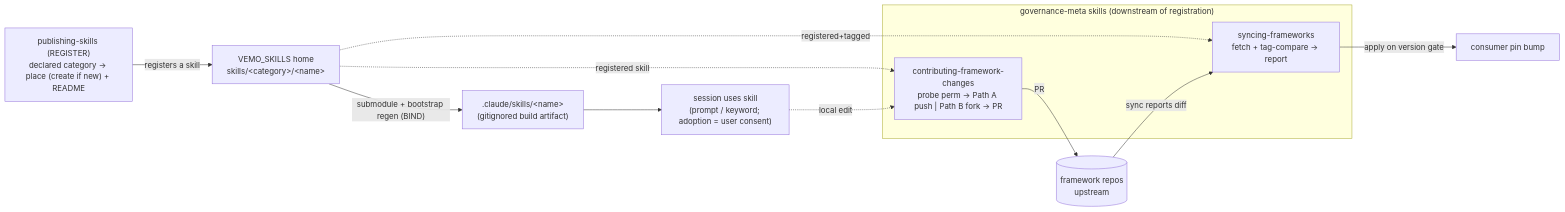
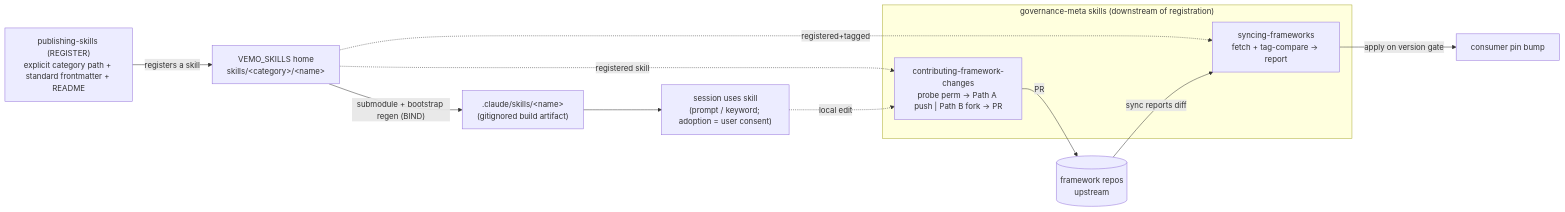
Before and after one commit to vemodalen-x/VEMO_SKILLS: the diagram in README.md, drawn with Mermaid. The commit also changed other lines of this file and 60 other files, not shown here.

Commit message:
Add reusable project skills and portable frontmatter

````diff
--- a/README.md
+++ b/README.md
@@ -163,16 +170,16 @@
 ```mermaid
 flowchart LR
-  PUB["publishing-skills (REGISTER)<br/>declared category → place (create if new) + README"] -->|registers a skill| WS["VEMO_SKILLS home<br/>skills/&lt;category&gt;/&lt;name&gt;"]
+PUB["publishing-skills (REGISTER)<br/>explicit category path + standard frontmatter + README"] -->|registers a skill| WS["VEMO_SKILLS home<br/>skills/&lt;category&gt;/&lt;name&gt;"]
   WS -->|"submodule + bootstrap regen (BIND)"| CL[".claude/skills/&lt;name&gt;<br/>(gitignored build artifact)"]
   CL --> USE["session uses skill<br/>(prompt / keyword; adoption = user consent)"]
   subgraph meta["governance-meta skills (downstream of registration)"]
     SYNC["syncing-frameworks<br/>fetch + tag-compare → report"]
     CONTRIB["contributing-framework-changes<br/>probe perm → Path A push | Path B fork → PR"]
   end
   WS -.registered+tagged.-> SYNC
   WS -.registered skill.-> CONTRIB
   UP[("framework repos<br/>upstream")] -->|sync reports diff| SYNC
   SYNC -->|apply on version gate| PIN["consumer pin bump"]
   USE -.local edit.-> CONTRIB
   CONTRIB -->|PR| UP
 ```
````
